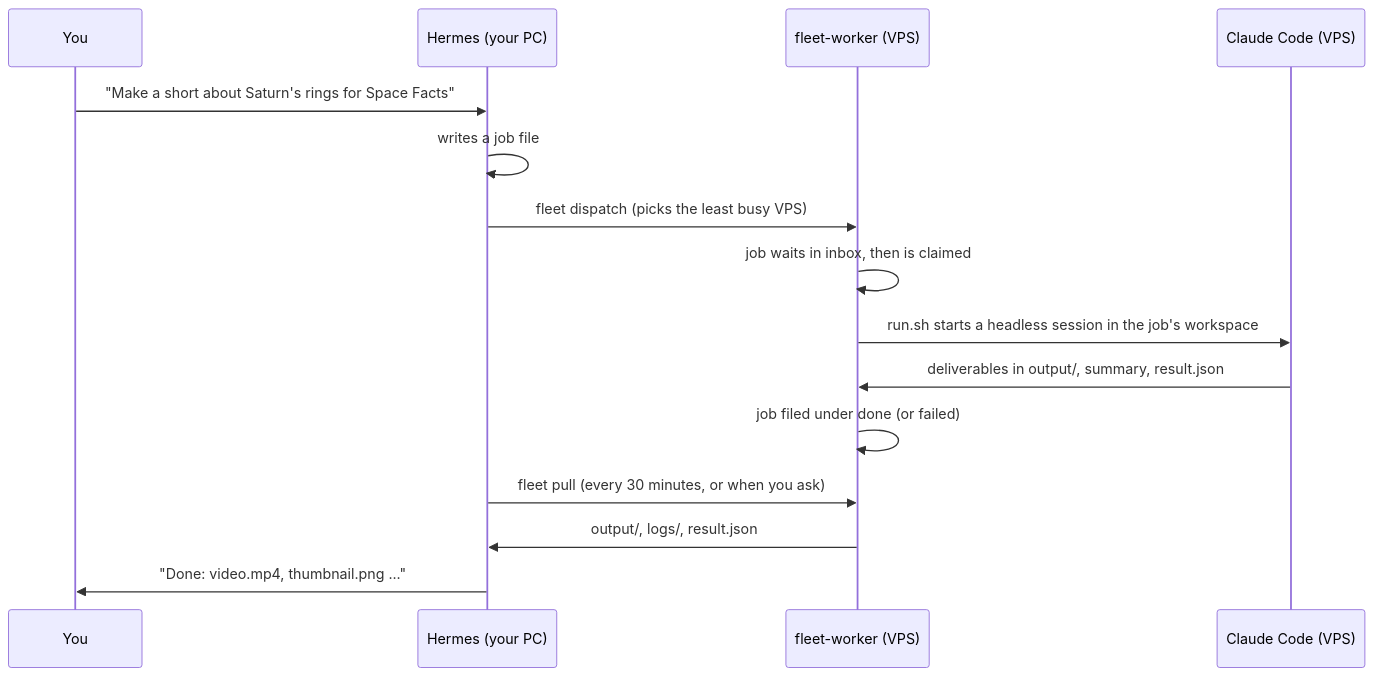
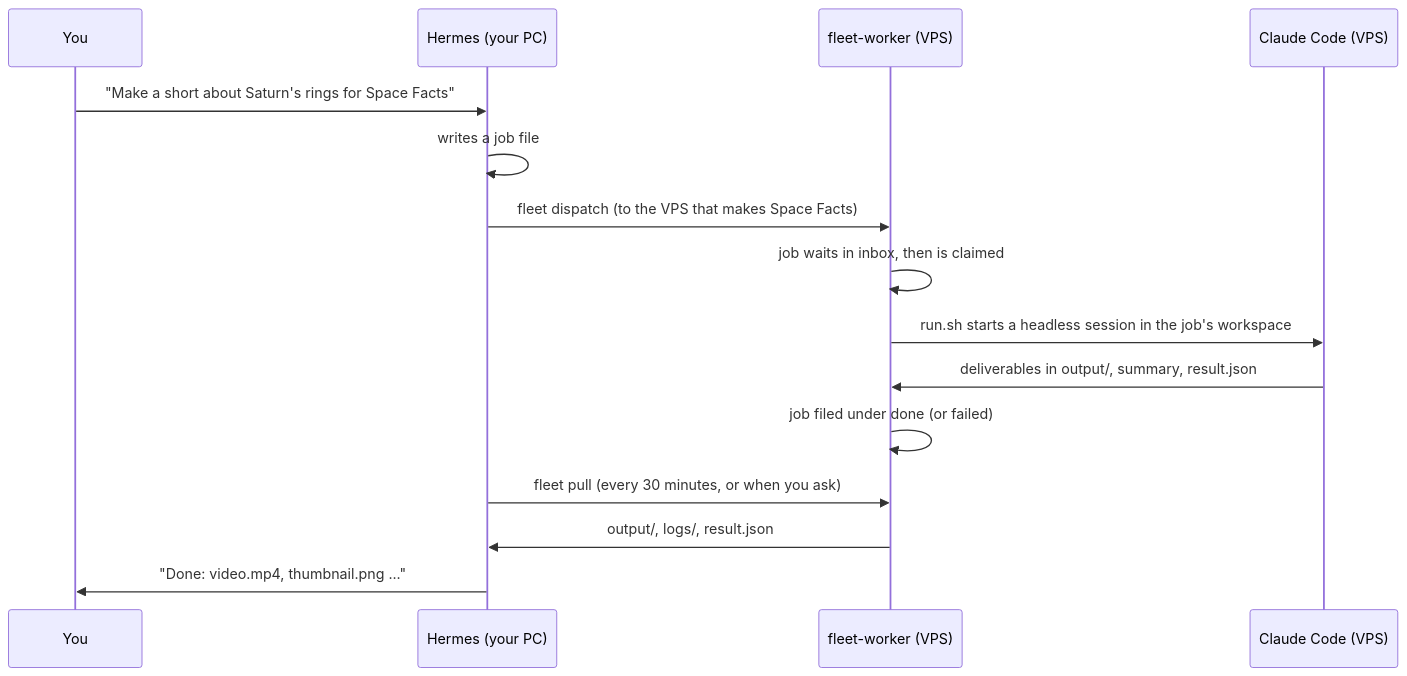
Before and after one commit to CoffeeTimeGX/hermes-fleet: the second of 2 diagrams in docs/architecture.md, drawn with Mermaid. The commit also changed other lines of this file and 40 other files, not shown here.

````diff
--- a/docs/architecture.md
+++ b/docs/architecture.md
@@ -63,17 +65,17 @@
 ```mermaid
 sequenceDiagram
   participant You
   participant Hermes as Hermes (your PC)
   participant VPS as fleet-worker (VPS)
   participant Claude as Claude Code (VPS)
   You->>Hermes: "Make a short about Saturn's rings for Space Facts"
   Hermes->>Hermes: writes a job file
-  Hermes->>VPS: fleet dispatch (picks the least busy VPS)
+  Hermes->>VPS: fleet dispatch (to the VPS that makes Space Facts)
   VPS->>VPS: job waits in inbox, then is claimed
   VPS->>Claude: run.sh starts a headless session in the job's workspace
   Claude->>VPS: deliverables in output/, summary, result.json
   VPS->>VPS: job filed under done (or failed)
   Hermes->>VPS: fleet pull (every 30 minutes, or when you ask)
   VPS->>Hermes: output/, logs/, result.json
   Hermes->>You: "Done: video.mp4, thumbnail.png ..."
 ```
````
